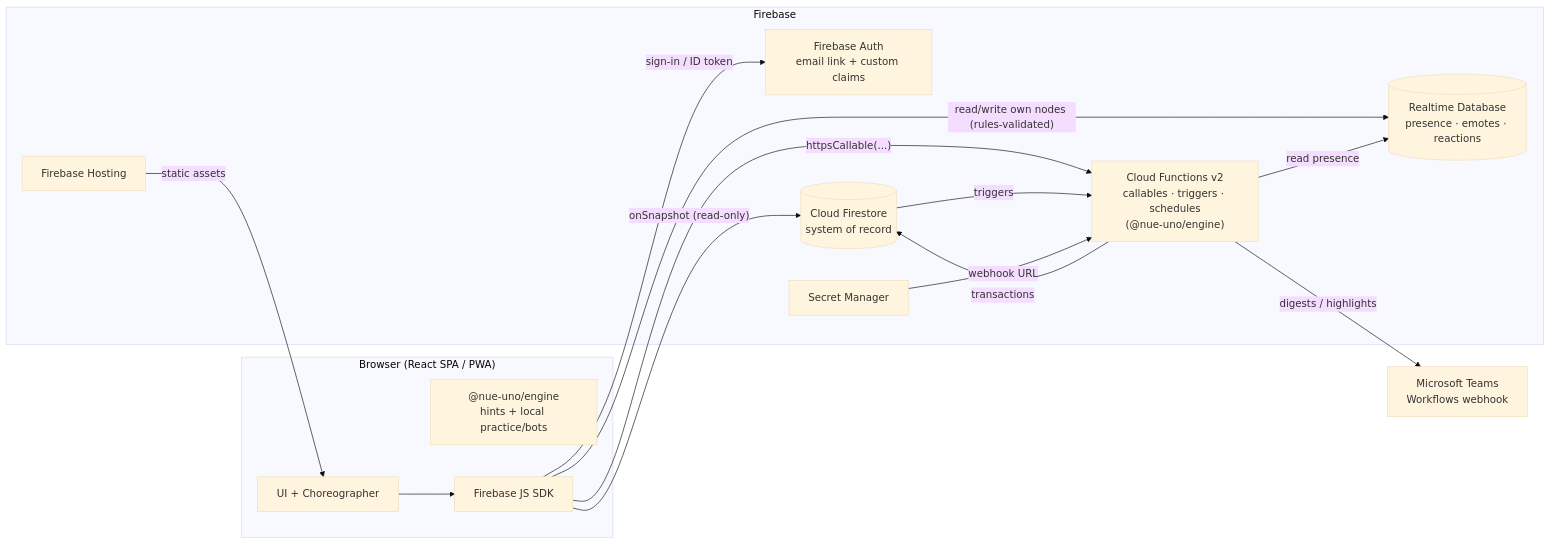
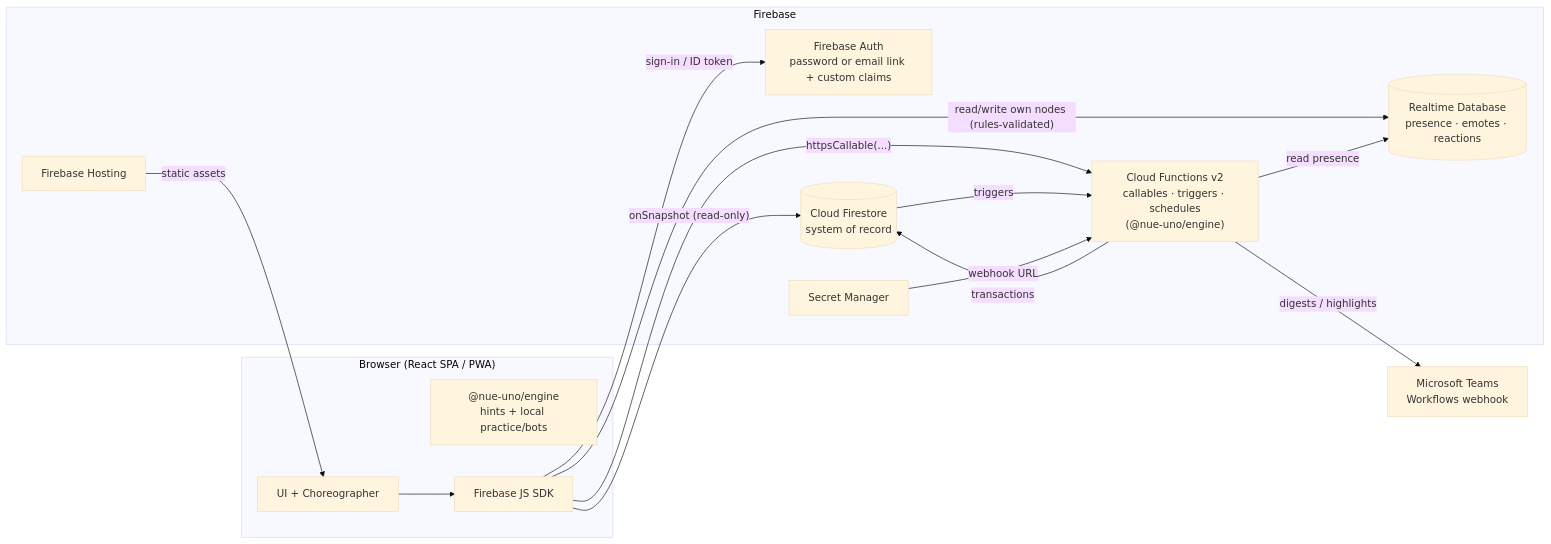
One commit to bacquisto-ns/nue-uno changed the first of 2 diagrams in docs/engineering/architecture.md. Above: the diagram before and after it, drawn with Mermaid (base theme). The commit also changed other lines of this file and 11 other files, not shown here.

First line of the commit message:
feat(auth): email + password sign-in; drop email-verification requirement

````diff
--- a/docs/engineering/architecture.md
+++ b/docs/engineering/architecture.md
@@ -14,31 +14,31 @@
 ```mermaid
 flowchart LR
   subgraph Browser["Browser (React SPA / PWA)"]
     UI[UI + Choreographer]
     ENG1["@nue-uno/engine<br/>hints + local practice/bots"]
     SDK[Firebase JS SDK]
   end
 
   subgraph Firebase
-    AUTH[Firebase Auth<br/>email link + custom claims]
+    AUTH[Firebase Auth<br/>password or email link + custom claims]
     HOST[Firebase Hosting]
     FN["Cloud Functions v2<br/>callables · triggers · schedules<br/>(@nue-uno/engine)"]
     FS[(Cloud Firestore<br/>system of record)]
     RTDB[(Realtime Database<br/>presence · emotes · reactions)]
     SM[Secret Manager]
   end
 
   TEAMS[Microsoft Teams<br/>Workflows webhook]
 
   HOST -- static assets --> UI
   UI --> SDK
   SDK -- sign-in / ID token --> AUTH
   SDK -- "onSnapshot (read-only)" --> FS
   SDK -- "httpsCallable(...)" --> FN
   SDK -- "read/write own nodes (rules-validated)" --> RTDB
   FN -- transactions --> FS
   FN -- read presence --> RTDB
   FS -- triggers --> FN
   FN -- digests / highlights --> TEAMS
   SM -- webhook URL --> FN
 ```
````
